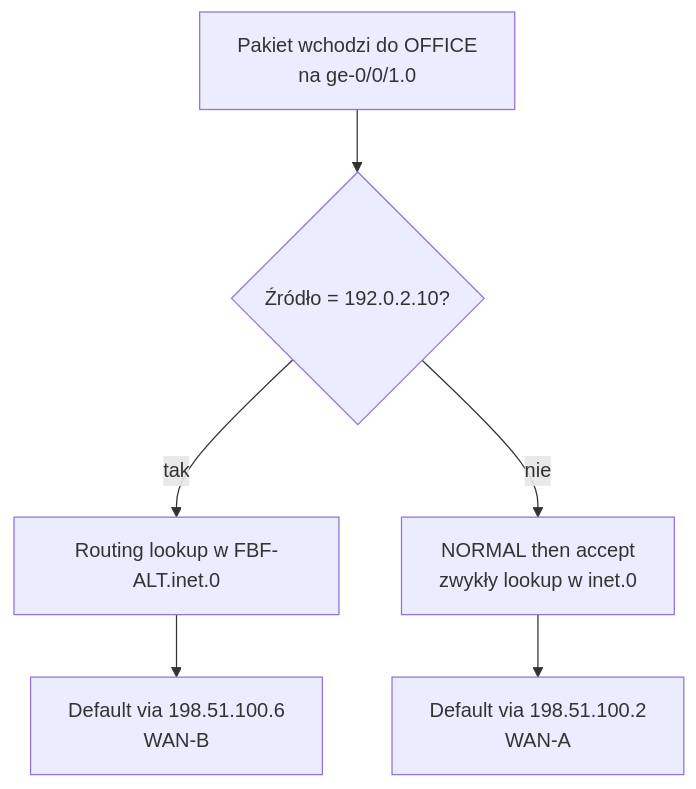
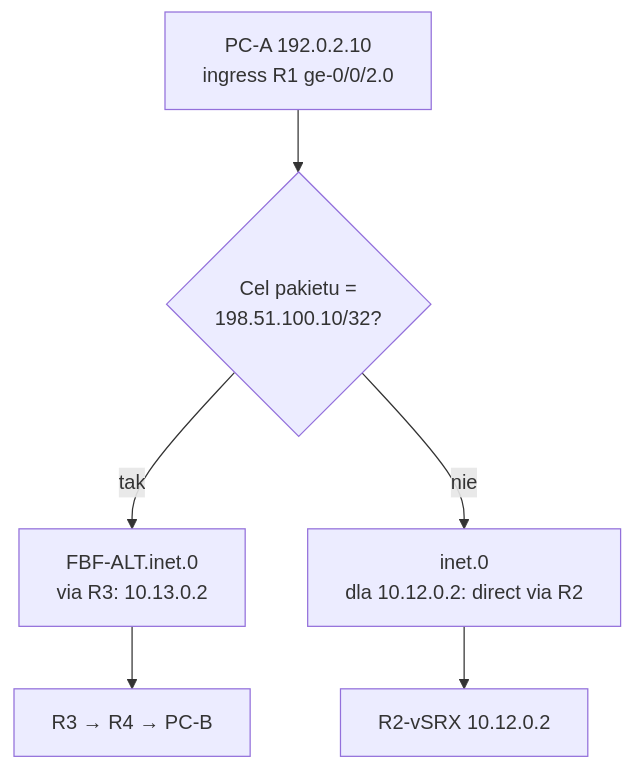
The sixth of 7 diagrams in docs/chapters/JUNOS_Rozdzial_07_Protocol_Independent_Routing.md (nelto79/jncip), drawn with Mermaid before and after one commit. The commit also changed other lines of this file, not shown here.

Commit message:
docs(ch07): align policy-independent routing lessons and FBF theory with canonical diamond

```diff
--- a/docs/chapters/JUNOS_Rozdzial_07_Protocol_Independent_Routing.md
+++ b/docs/chapters/JUNOS_Rozdzial_07_Protocol_Independent_Routing.md
@@ -589,8 +541,8 @@
 ~~~mermaid
 flowchart TD
-  IN["Pakiet wchodzi do OFFICE<br/>na ge-0/0/1.0"] --> F{"Źródło = 192.0.2.10?"}
-  F -->|tak| ALT["Routing lookup w FBF-ALT.inet.0"]
-  F -->|nie| MAIN["NORMAL then accept<br/>zwykły lookup w inet.0"]
-  ALT --> B["Default via 198.51.100.6<br/>WAN-B"]
-  MAIN --> A["Default via 198.51.100.2<br/>WAN-A"]
+  A["PC-A 192.0.2.10<br/>ingress R1 ge-0/0/2.0"] --> F{"Cel pakietu =<br/>198.51.100.10/32?"}
+  F -->|"tak"| ALT["FBF-ALT.inet.0<br/>via R3: 10.13.0.2"]
+  F -->|"nie"| MAIN["inet.0<br/>dla 10.12.0.2: direct via R2"]
+  ALT --> R3["R3 → R4 → PC-B"]
+  MAIN --> R2["R2-vSRX 10.12.0.2"]
 ~~~
```
